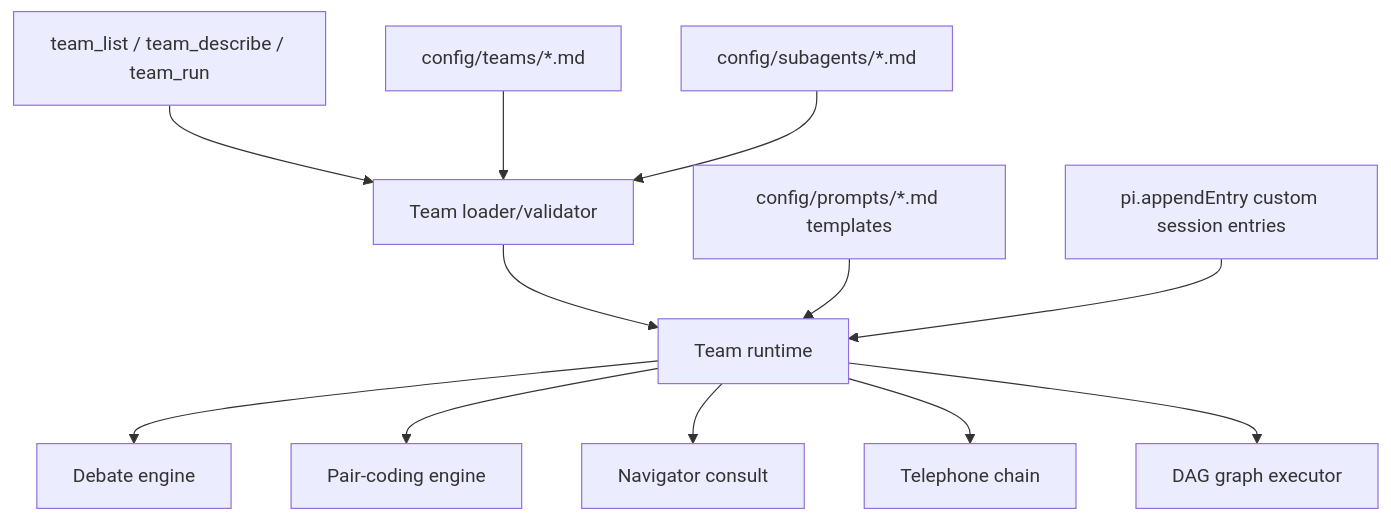
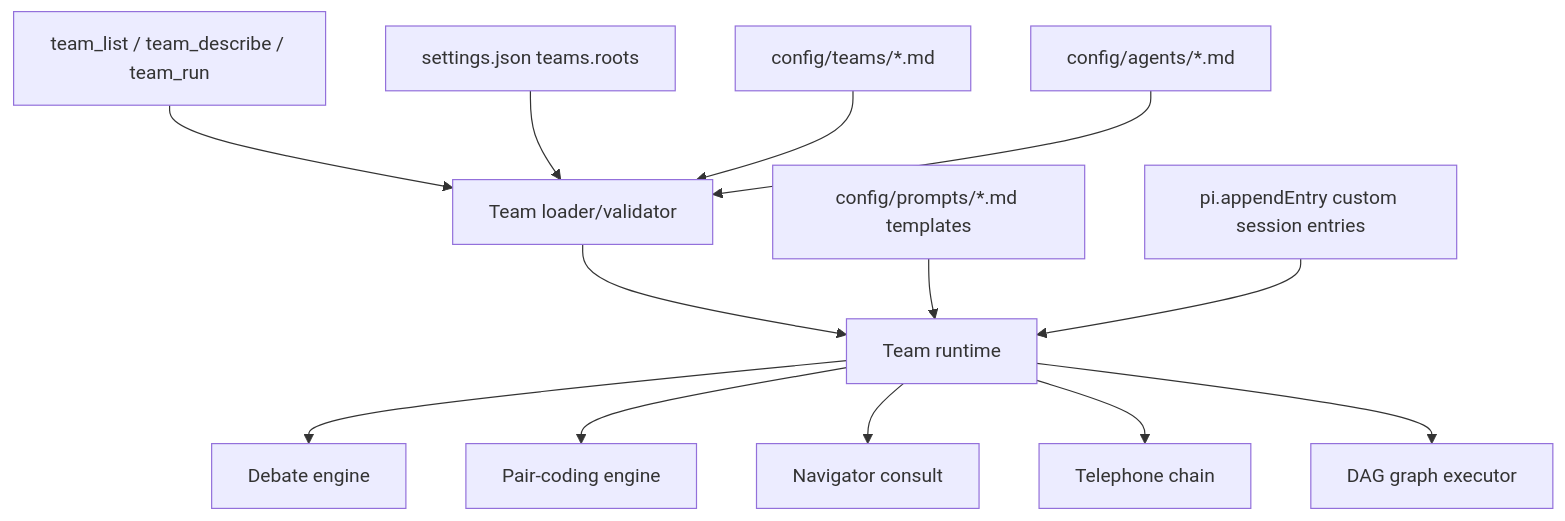
One commit to tS7hKamAYL84j91/pi-tools-and-skills changed the first of 2 diagrams in docs/teams-migration-plan.md. Above: the diagram before and after it, drawn with Mermaid. The commit also changed other lines of this file and 33 other files, not shown here.

Commit message:
teams refactor: update settings and team defaults

````diff
--- a/docs/teams-migration-plan.md
+++ b/docs/teams-migration-plan.md
@@ -12,14 +12,15 @@
 ```mermaid
 flowchart TD
   TeamTools[team_list / team_describe / team_run] --> Loader[Team loader/validator]
+  Settings[settings.json teams.roots] --> Loader
   Teams[config/teams/*.md] --> Loader
-  Subagents[config/subagents/*.md] --> Loader
+  Agents[config/agents/*.md] --> Loader
   Loader --> Runtime[Team runtime]
   Runtime --> Debate[Debate engine]
   Runtime --> PairCoding[Pair-coding engine]
   Runtime --> PairConsult[Navigator consult]
   Runtime --> Telephone[Telephone chain]
   Runtime --> Graph[DAG graph executor]
   Prompts[config/prompts/*.md templates] --> Runtime
   State[pi.appendEntry custom session entries] --> Runtime
 ```
````
